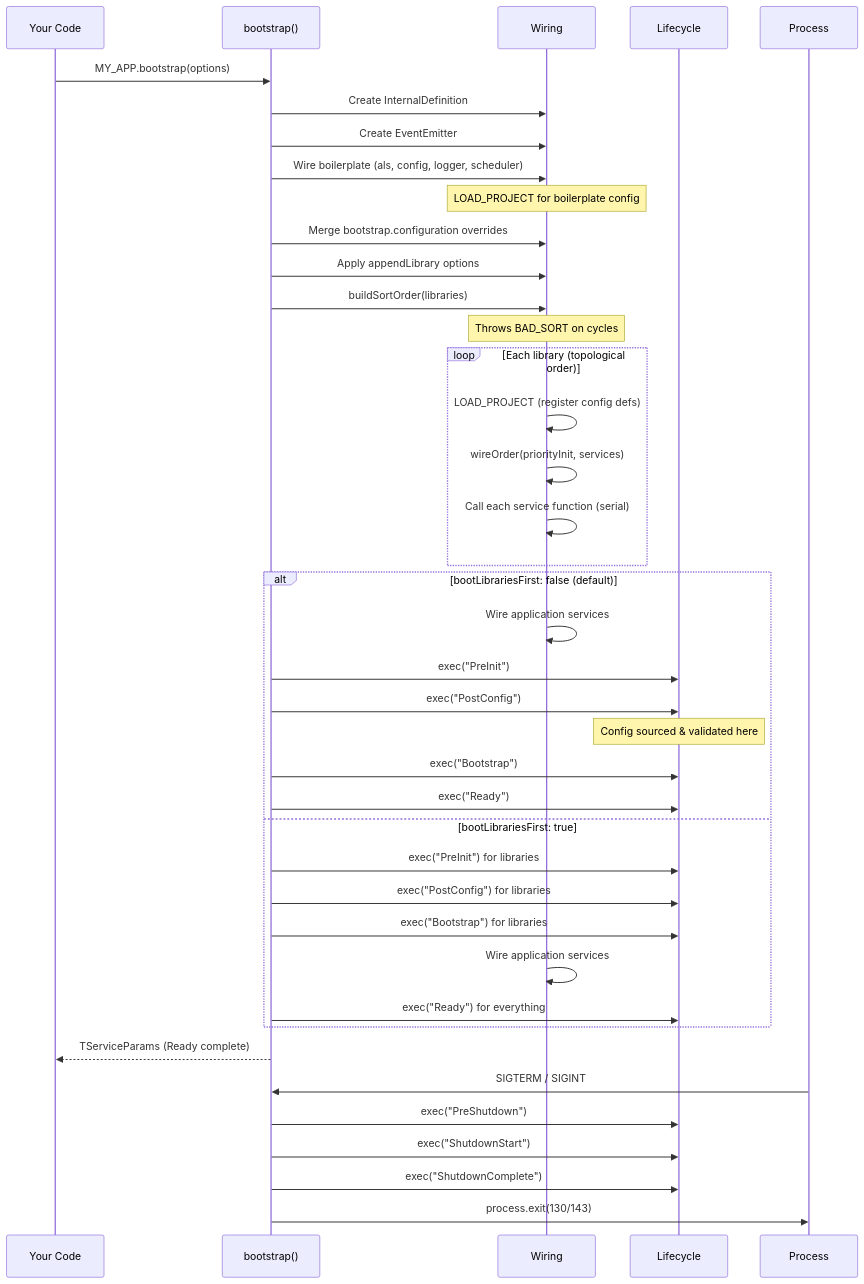
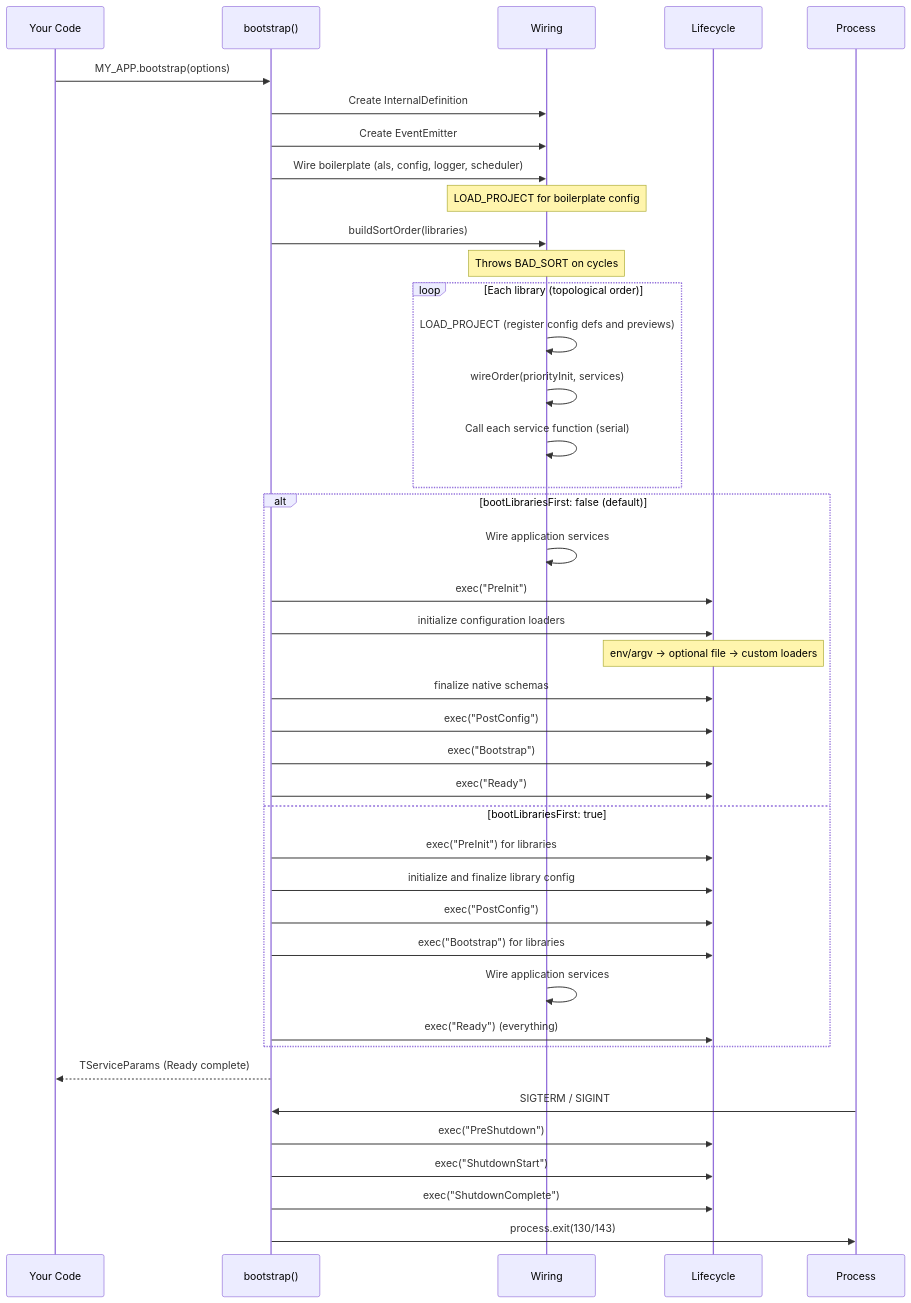
Before and after one commit to Digital-Alchemy-TS/documentation: the diagram in docs/core/guides/bootstrap-internals.md, drawn with Mermaid. The commit also changed other lines of this file and 14 other files, not shown here.

Commit message:
docs: document schema-backed configuration

````diff
--- a/docs/core/guides/bootstrap-internals.md
+++ b/docs/core/guides/bootstrap-internals.md
@@ -11,48 +11,48 @@
 ```mermaid
 sequenceDiagram
     participant U as Your Code
     participant B as bootstrap()
     participant WS as Wiring
     participant L as Lifecycle
     participant P as Process
 
     U->>B: MY_APP.bootstrap(options)
     B->>WS: Create InternalDefinition
     B->>WS: Create EventEmitter
     B->>WS: Wire boilerplate (als, config, logger, scheduler)
     Note over WS: LOAD_PROJECT for boilerplate config
-    B->>WS: Merge bootstrap.configuration overrides
-    B->>WS: Apply appendLibrary options
-
     B->>WS: buildSortOrder(libraries)
     Note over WS: Throws BAD_SORT on cycles
 
     loop Each library (topological order)
-        WS->>WS: LOAD_PROJECT (register config defs)
+        WS->>WS: LOAD_PROJECT (register config defs and previews)
         WS->>WS: wireOrder(priorityInit, services)
         WS->>WS: Call each service function (serial)
     end
 
     alt bootLibrariesFirst: false (default)
         WS->>WS: Wire application services
         B->>L: exec("PreInit")
+        B->>L: initialize configuration loaders
+        Note over L: env/argv → optional file → custom loaders
+        B->>L: finalize native schemas
         B->>L: exec("PostConfig")
-        Note over L: Config sourced & validated here
         B->>L: exec("Bootstrap")
         B->>L: exec("Ready")
     else bootLibrariesFirst: true
         B->>L: exec("PreInit") for libraries
-        B->>L: exec("PostConfig") for libraries
+        B->>L: initialize and finalize library config
+        B->>L: exec("PostConfig")
         B->>L: exec("Bootstrap") for libraries
         WS->>WS: Wire application services
-        B->>L: exec("Ready") for everything
+        B->>L: exec("Ready") (everything)
     end
 
     B-->>U: TServiceParams (Ready complete)
 
     P->>B: SIGTERM / SIGINT
     B->>L: exec("PreShutdown")
     B->>L: exec("ShutdownStart")
     B->>L: exec("ShutdownComplete")
     B->>P: process.exit(130/143)
 ```
````
